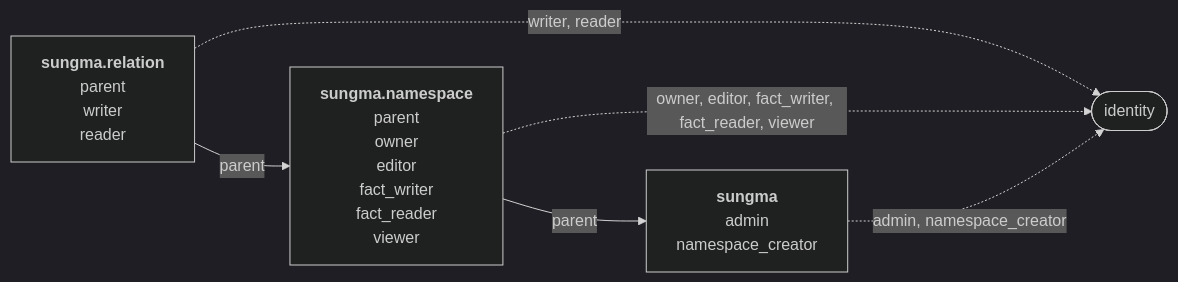
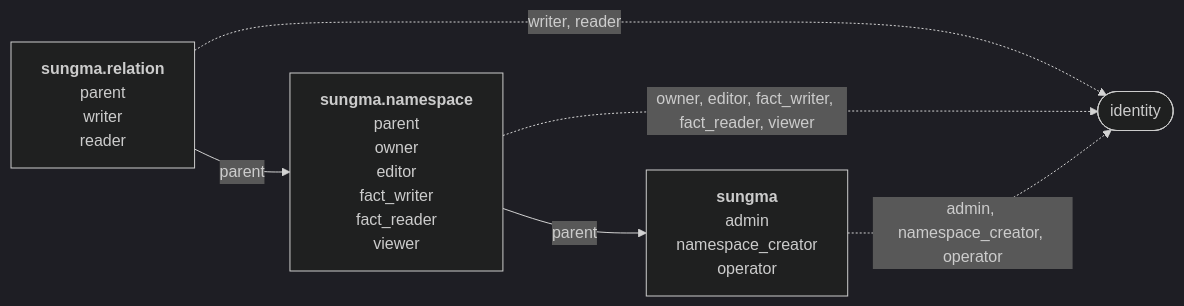
The diagram in docs/specs/sungma-authorization.md (marklauter/Sungma), drawn with Mermaid (dark theme) before and after one commit. The commit also changed other lines of this file, not shown here.

First line of the commit message:
Add an operator role to the deployment

````diff
--- a/docs/specs/sungma-authorization.md
+++ b/docs/specs/sungma-authorization.md
@@ -61,12 +62,12 @@
 ```mermaid
 flowchart LR
   relation["<b>sungma.relation</b><br/>parent<br/>writer<br/>reader"]
   namespace["<b>sungma.namespace</b><br/>parent<br/>owner<br/>editor<br/>fact_writer<br/>fact_reader<br/>viewer"]
-  sungma["<b>sungma</b><br/>admin<br/>namespace_creator"]
+  sungma["<b>sungma</b><br/>admin<br/>namespace_creator<br/>operator"]
   identity(["identity"])
   relation -- parent --> namespace
   namespace -- parent --> sungma
   relation -. "writer, reader" .-> identity
   namespace -. "owner, editor, fact_writer, fact_reader, viewer" .-> identity
-  sungma -. "admin, namespace_creator" .-> identity
+  sungma -. "admin, namespace_creator, operator" .-> identity
 ```
````
